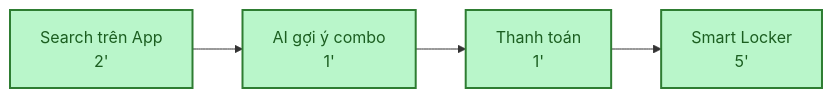
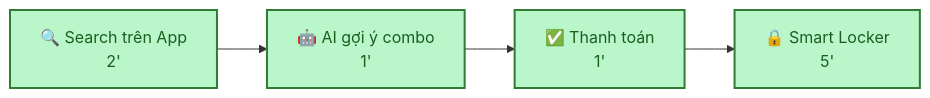
One commit to lequanneKMA/Day2-2A202600821-LeNguyenMinhQuan changed the second of 6 diagrams in 01-individual-problem-scan/01-individual-problem-scan.md. Above: the diagram before and after it, drawn with Mermaid. The commit also changed other lines of this file and 3 other files, not shown here.

````diff
--- a/01-individual-problem-scan/01-individual-problem-scan.md
+++ b/01-individual-problem-scan/01-individual-problem-scan.md
@@ -199,12 +112,12 @@
 ```mermaid
 flowchart LR
-    F[" Search trên App\n2'"]
-    --> G[" AI gợi ý combo\n1'"]
-    --> H[" Thanh toán\n1'"]
-    --> I[" Smart Locker\n5'"]
+    F["🔍 Search trên App\n2'"]
+    --> G["🤖 AI gợi ý combo\n1'"]
+    --> H["✅ Thanh toán\n1'"]
+    --> I["🔒 Smart Locker\n5'"]
 
     style F fill:#b9f6ca,stroke:#2e7d32,stroke-width:2px,color:#1b5e20
     style G fill:#b9f6ca,stroke:#2e7d32,stroke-width:2px,color:#1b5e20
     style H fill:#b9f6ca,stroke:#2e7d32,stroke-width:2px,color:#1b5e20
     style I fill:#b9f6ca,stroke:#2e7d32,stroke-width:2px,color:#1b5e20
 ```
````
